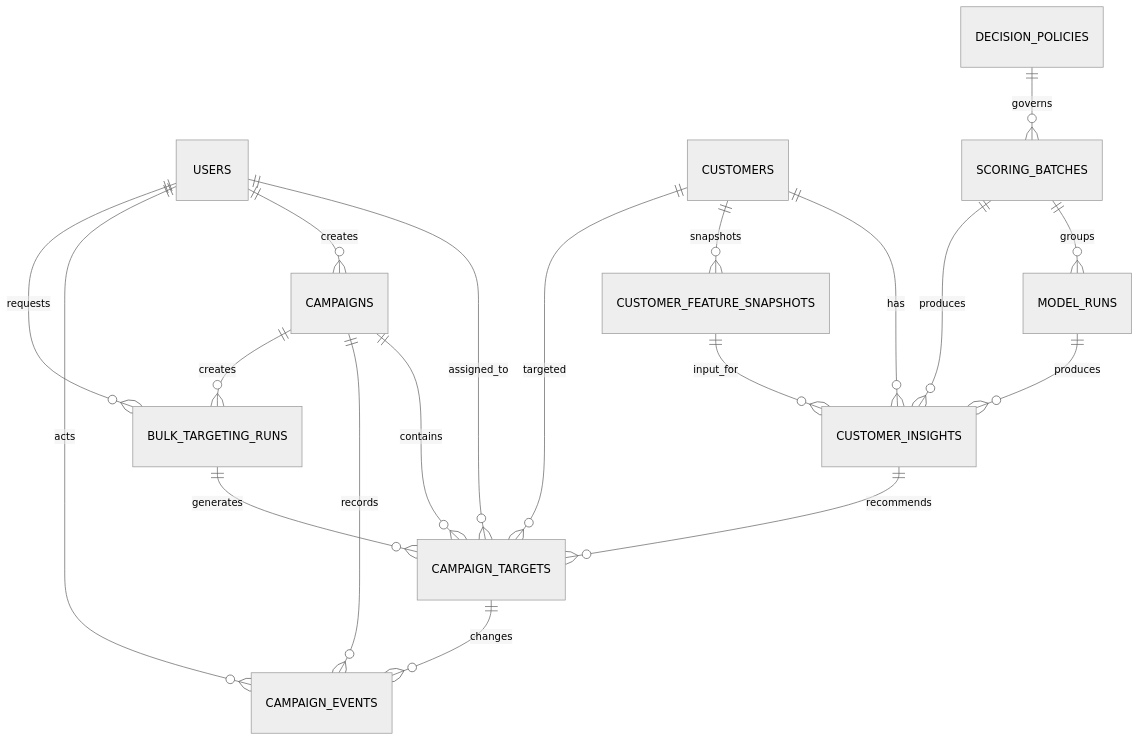
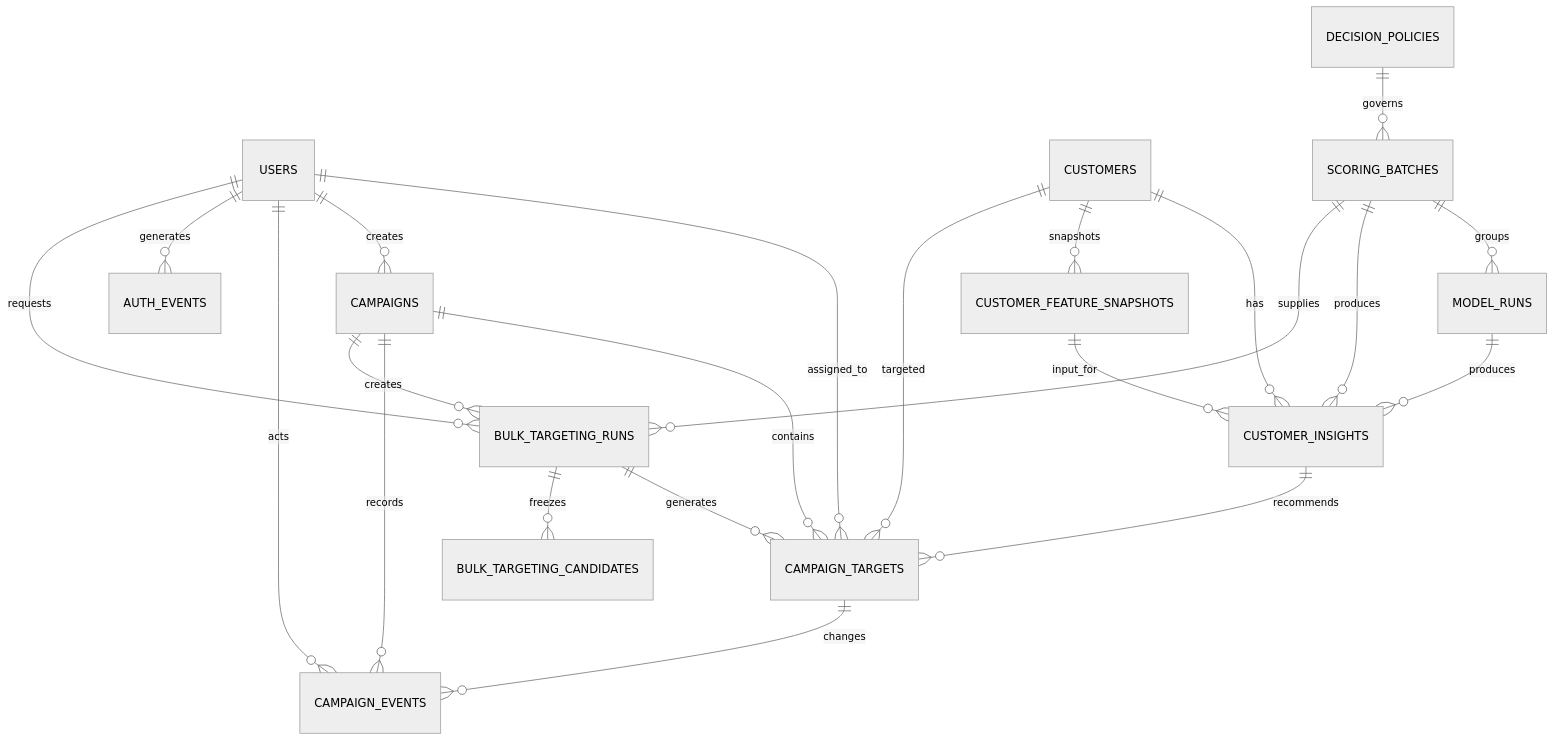
Before and after one commit to SKN-34-castleuk/SKN34-2nd-4Team: the diagram in docs/database_schema.md, drawn with Mermaid (neutral theme). The commit also changed other lines of this file and 42 other files, not shown here.

````diff
--- a/docs/database_schema.md
+++ b/docs/database_schema.md
@@ -12,21 +12,24 @@
 ```mermaid
 erDiagram
     USERS ||--o{ CAMPAIGN_TARGETS : assigned_to
     USERS ||--o{ CAMPAIGNS : creates
     USERS ||--o{ CAMPAIGN_EVENTS : acts
+    USERS ||--o{ AUTH_EVENTS : generates
     CUSTOMERS ||--o{ CUSTOMER_INSIGHTS : has
     CUSTOMERS ||--o{ CUSTOMER_FEATURE_SNAPSHOTS : snapshots
     CUSTOMER_FEATURE_SNAPSHOTS ||--o{ CUSTOMER_INSIGHTS : input_for
     CUSTOMERS ||--o{ CAMPAIGN_TARGETS : targeted
     DECISION_POLICIES ||--o{ SCORING_BATCHES : governs
     SCORING_BATCHES ||--o{ MODEL_RUNS : groups
     SCORING_BATCHES ||--o{ CUSTOMER_INSIGHTS : produces
     MODEL_RUNS ||--o{ CUSTOMER_INSIGHTS : produces
     CUSTOMER_INSIGHTS ||--o{ CAMPAIGN_TARGETS : recommends
     CAMPAIGNS ||--o{ CAMPAIGN_TARGETS : contains
     CAMPAIGNS ||--o{ CAMPAIGN_EVENTS : records
     CAMPAIGN_TARGETS ||--o{ CAMPAIGN_EVENTS : changes
     USERS ||--o{ BULK_TARGETING_RUNS : requests
     CAMPAIGNS ||--o{ BULK_TARGETING_RUNS : creates
     BULK_TARGETING_RUNS ||--o{ CAMPAIGN_TARGETS : generates
+    SCORING_BATCHES ||--o{ BULK_TARGETING_RUNS : supplies
+    BULK_TARGETING_RUNS ||--o{ BULK_TARGETING_CANDIDATES : freezes
 ```
````
